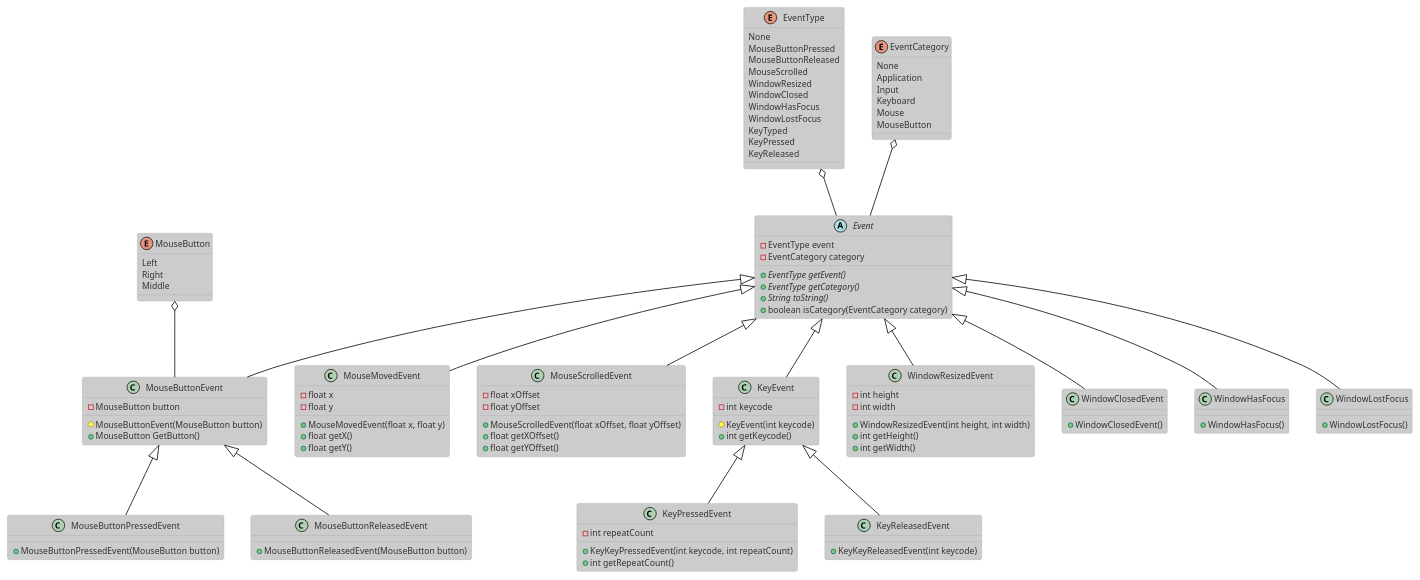
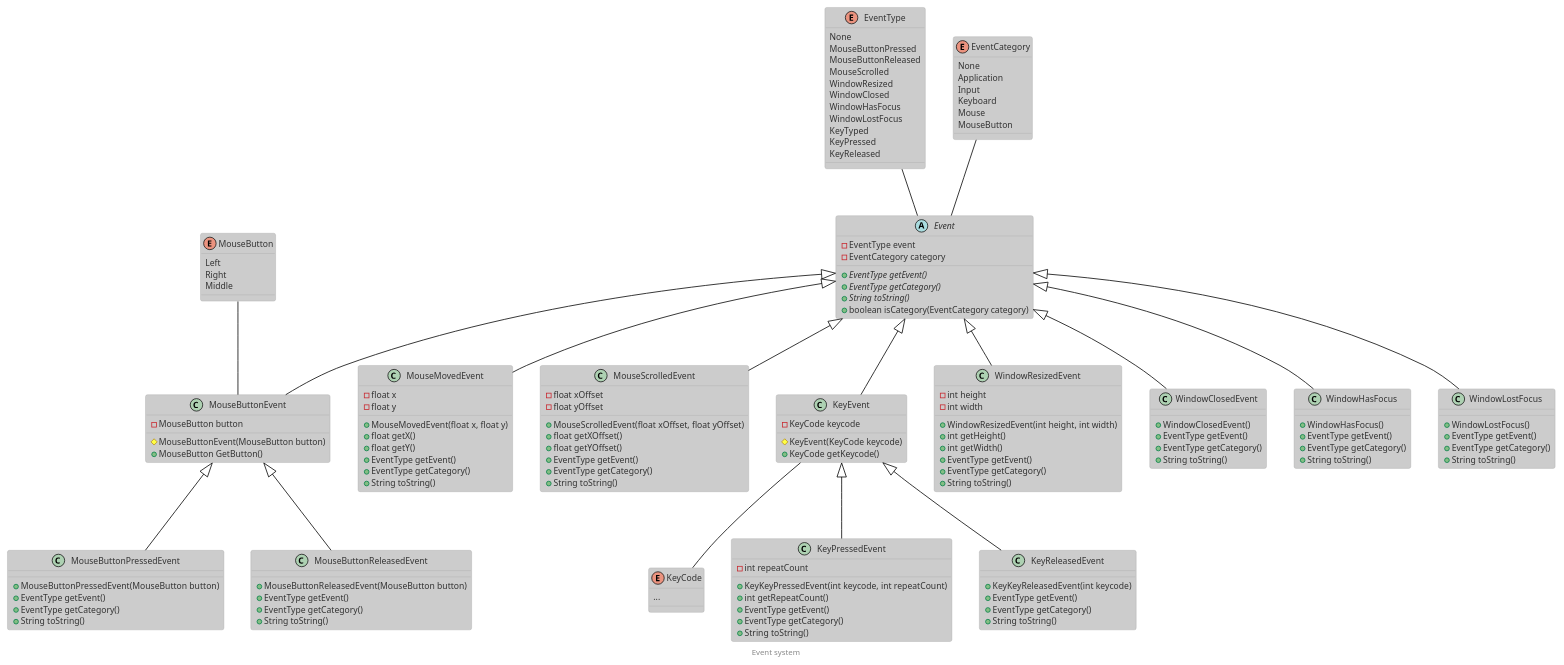
The diagram in docs/src/diagrams/event_system.puml (dani3/bit-of-sharp-practice), drawn with PlantUML before and after one commit. The commit also changed 18 other files, not shown here.

Commit message:
Updated diagrams

```diff
--- a/docs/src/diagrams/event_system.puml
+++ b/docs/src/diagrams/event_system.puml
@@ -1,112 +1,148 @@
 @startuml
 
 !theme reddress-lightorange
+footer Event system
 
 enum EventType {
     None
     MouseButtonPressed
     MouseButtonReleased
     MouseScrolled
     WindowResized
     WindowClosed
     WindowHasFocus
     WindowLostFocus
     KeyTyped
     KeyPressed
     KeyReleased
 }
 
 enum EventCategory {
     None
     Application
     Input
     Keyboard
     Mouse
     MouseButton
 }
 
 abstract class Event {
     - EventType event
     - EventCategory category
     {abstract} + EventType getEvent()
     {abstract} + EventType getCategory()
     {abstract} + String toString()
     + boolean isCategory(EventCategory category)
 }
 
 enum MouseButton {
     Left
     Right
     Middle
 }
 
+enum KeyCode {
+    ...
+}
+
 class MouseButtonEvent extends Event {
     - MouseButton button
     # MouseButtonEvent(MouseButton button)
     + MouseButton GetButton()
 }
 
 class MouseButtonPressedEvent extends MouseButtonEvent {
     + MouseButtonPressedEvent(MouseButton button)
+    + EventType getEvent()
+    + EventType getCategory()
+    + String toString()
 }
 
 class MouseButtonReleasedEvent extends MouseButtonEvent {
     + MouseButtonReleasedEvent(MouseButton button)
+    + EventType getEvent()
+    + EventType getCategory()
+    + String toString()
 }
 
 class MouseMovedEvent extends Event {
     - float x
     - float y
     + MouseMovedEvent(float x, float y)
     + float getX()
     + float getY()
+    + EventType getEvent()
+    + EventType getCategory()
+    + String toString()
 }
 
 class MouseScrolledEvent extends Event {
     - float xOffset
     - float yOffset
     + MouseScrolledEvent(float xOffset, float yOffset)
     + float getXOffset()
     + float getYOffset()
+    + EventType getEvent()
+    + EventType getCategory()
+    + String toString()
 }
 
 class KeyEvent extends Event {
-    - int keycode
-    # KeyEvent(int keycode)
-    + int getKeycode()
+    - KeyCode keycode
+    # KeyEvent(KeyCode keycode)
+    + KeyCode getKeycode()
 }
 
 class KeyPressedEvent extends KeyEvent {
     - int repeatCount
     + KeyKeyPressedEvent(int keycode, int repeatCount)
     + int getRepeatCount()
+    + EventType getEvent()
+    + EventType getCategory()
+    + String toString()
 }
 
 class KeyReleasedEvent extends KeyEvent {
     + KeyKeyReleasedEvent(int keycode)
+    + EventType getEvent()
+    + EventType getCategory()
+    + String toString()
 }
 
 class WindowResizedEvent extends Event {
     - int height
     - int width
     + WindowResizedEvent(int height, int width)
     + int getHeight()
     + int getWidth()
+    + EventType getEvent()
+    + EventType getCategory()
+    + String toString()
 }
 class WindowClosedEvent extends Event {
     + WindowClosedEvent()
+    + EventType getEvent()
+    + EventType getCategory()
+    + String toString()
 }
 
 class WindowHasFocus extends Event {
     + WindowHasFocus()
+    + EventType getEvent()
+    + EventType getCategory()
+    + String toString()
 }
 
 class WindowLostFocus extends Event {
     + WindowLostFocus()
+    + EventType getEvent()
+    + EventType getCategory()
+    + String toString()
 }
 
-EventType o-- Event
-EventCategory o-- Event
-MouseButton o-- MouseButtonEvent
+KeyEvent -- KeyCode
+EventType -- Event
+EventCategory -- Event
+MouseButton -- MouseButtonEvent
 
 @enduml
```
